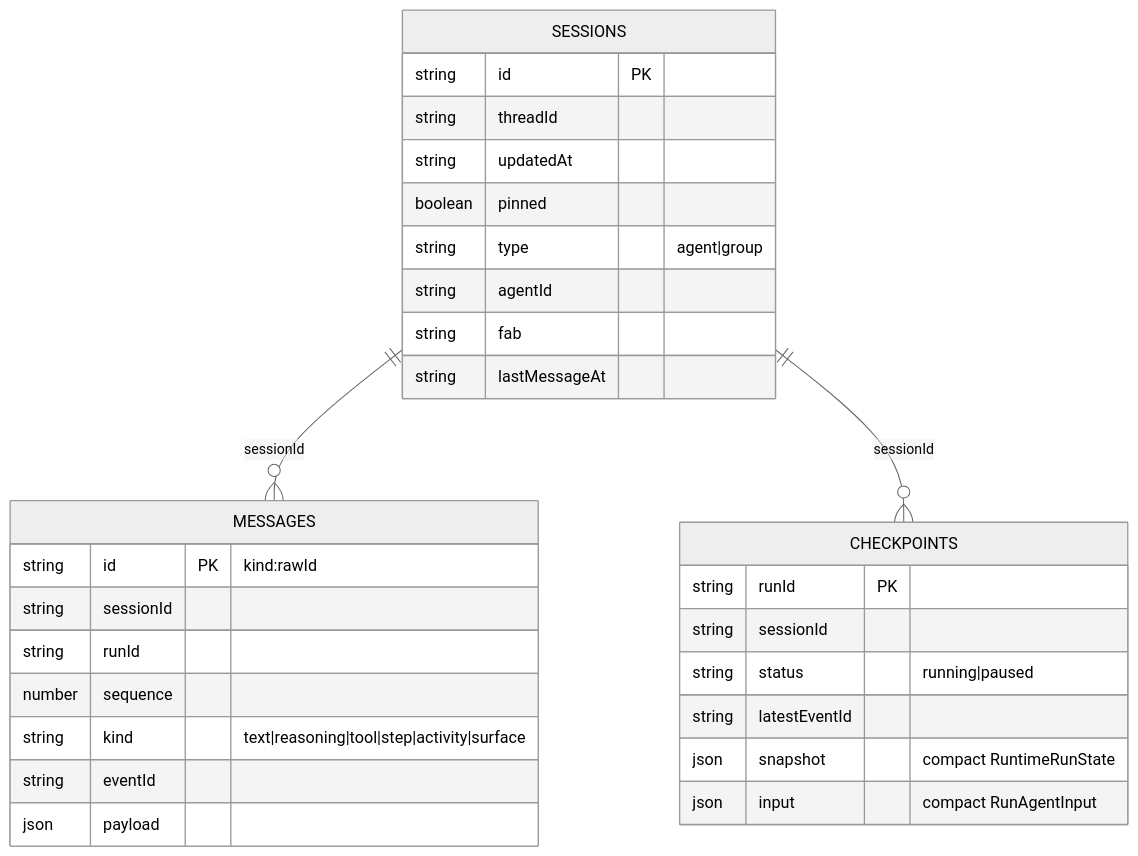
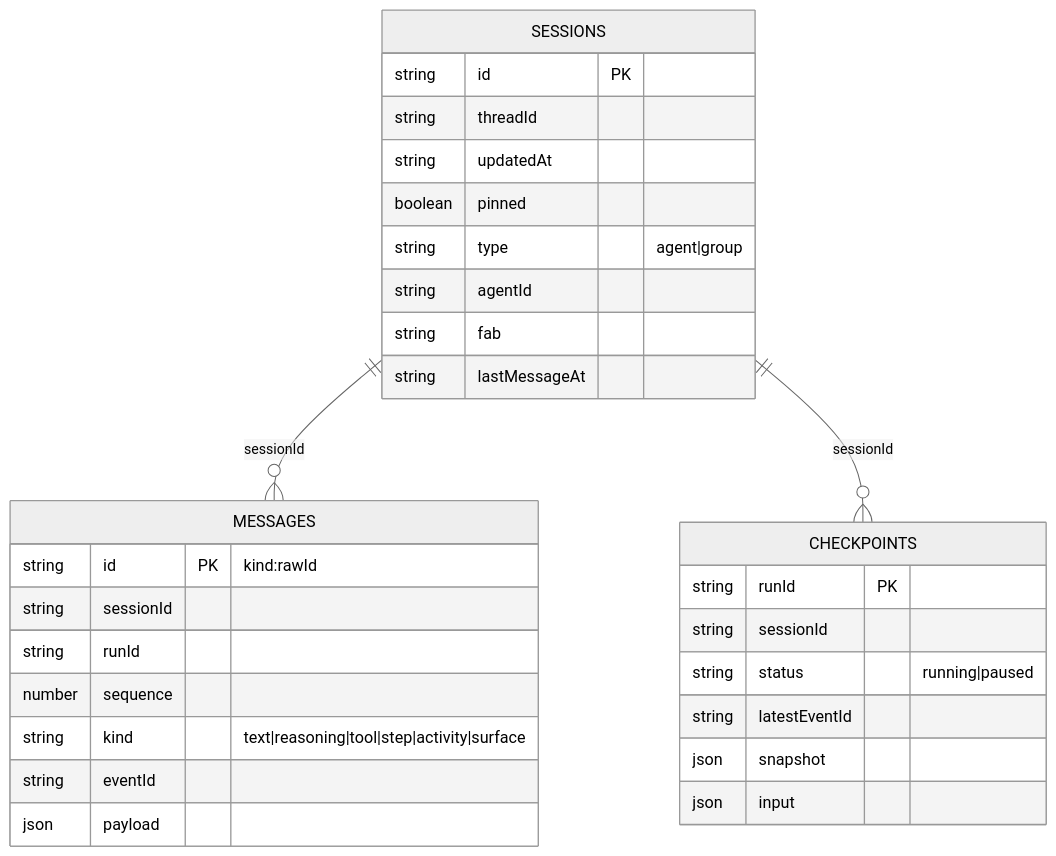
The third of 4 diagrams in docs/design/chat-indexeddb-storage.md (CurrentTi1024/AgentDock), drawn with Mermaid (neutral theme) before and after one commit. The commit also changed other lines of this file, not shown here.

````diff
--- a/docs/design/chat-indexeddb-storage.md
+++ b/docs/design/chat-indexeddb-storage.md
@@ -54,32 +129,32 @@
 ```mermaid
 erDiagram
   SESSIONS ||--o{ MESSAGES : "sessionId"
   SESSIONS ||--o{ CHECKPOINTS : "sessionId"
   SESSIONS {
     string id PK
     string threadId
     string updatedAt
     boolean pinned
     string type "agent|group"
     string agentId
     string fab
     string lastMessageAt
   }
   MESSAGES {
     string id PK "kind:rawId"
     string sessionId
     string runId
     number sequence
     string kind "text|reasoning|tool|step|activity|surface"
     string eventId
     json payload
   }
   CHECKPOINTS {
     string runId PK
     string sessionId
     string status "running|paused"
     string latestEventId
-    json snapshot "compact RuntimeRunState"
-    json input "compact RunAgentInput"
+    json snapshot
+    json input
   }
 ```
````
